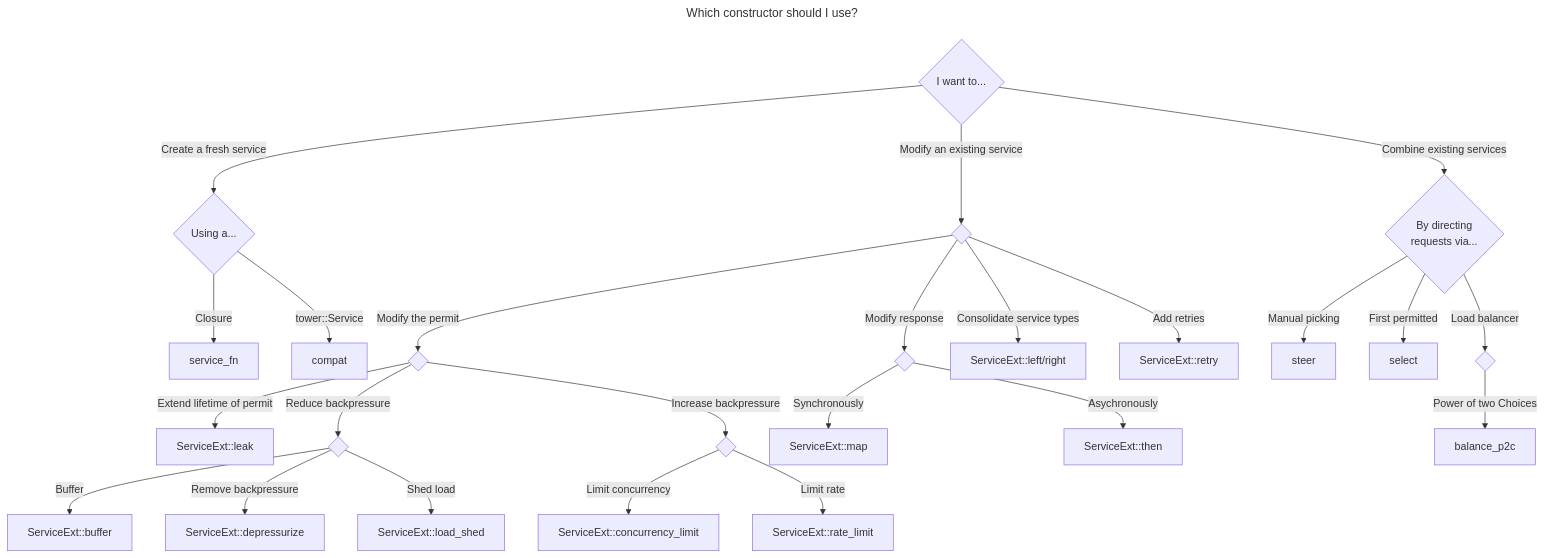
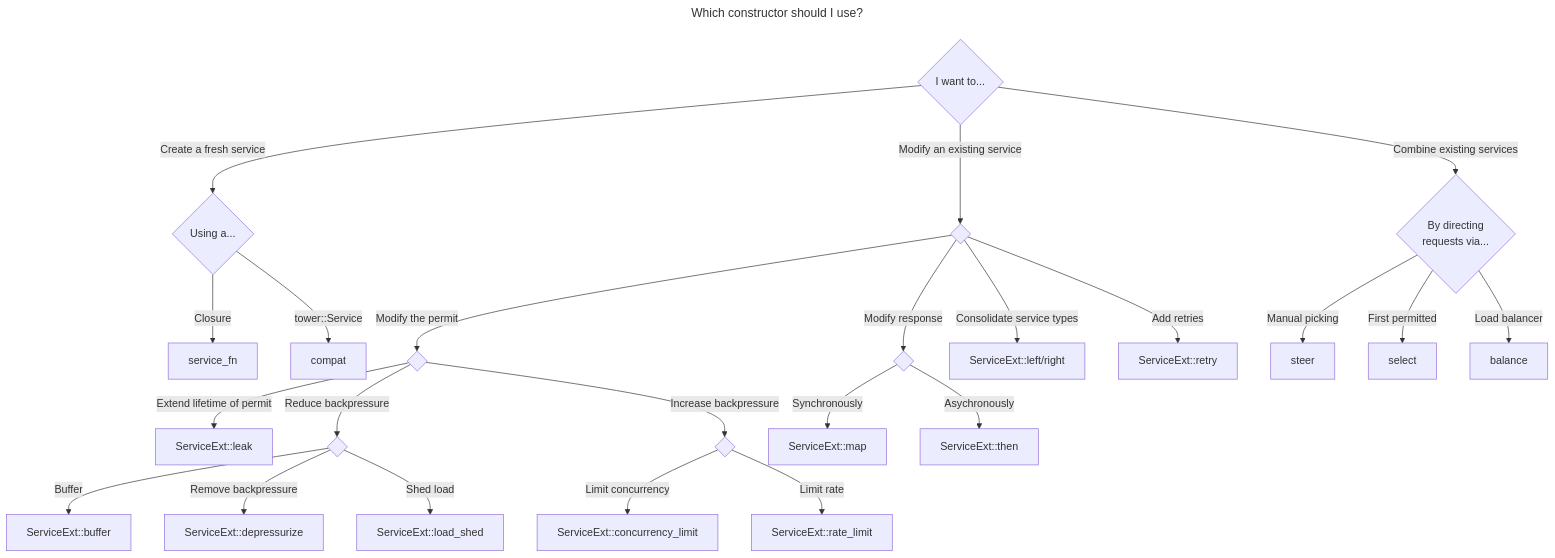
One commit to hlbarber/burger changed the diagram in src/flowchart.mmd. Above: the diagram before and after it, drawn with Mermaid. The commit also changed 4 other files, not shown here.

```diff
--- a/src/flowchart.mmd
+++ b/src/flowchart.mmd
@@ -1,27 +1,26 @@
 ---
 title: Which constructor should I use?
 ---
 flowchart TD
     A{I want to...} --> |Create a fresh service| B{Using a...}
     B --> |Closure| service_fn
     B --> |tower::Service| compat
     A --> |Modify an existing service| C{ }
     C --> |Modify the permit| D{ }
     D --> |Extend lifetime of permit| ServiceExt::leak
     D --> |Reduce backpressure| E{ }
     E --> |Buffer| ServiceExt::buffer
     E --> |Remove backpressure| ServiceExt::depressurize
     E --> |Shed load| ServiceExt::load_shed
     D --> |Increase backpressure| F{ }
     F --> |Limit concurrency| ServiceExt::concurrency_limit
     F --> |Limit rate| ServiceExt::rate_limit
     C --> |Modify response| G{ }
     G --> |Synchronously| ServiceExt::map
     G --> |Asychronously| ServiceExt::then
     C --> |Consolidate service types| ServiceExt::left/right
     C --> |Add retries| ServiceExt::retry
     A --> |Combine existing services| H{By directing \nrequests via...}
     H --> |Manual picking| steer
     H --> |First permitted| select
-    H --> |Load balancer| I{ }
-    I --> |Power of two Choices| balance_p2c 
+    H --> |Load balancer| balance
```
